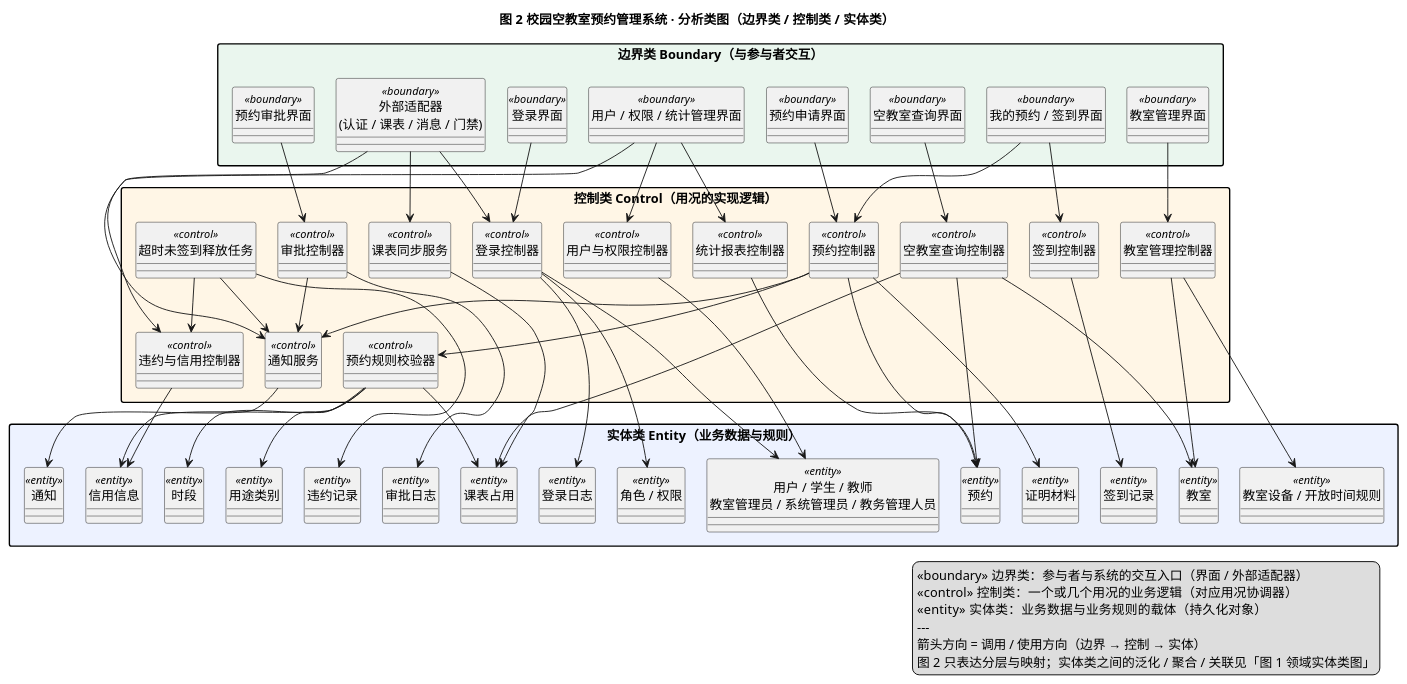
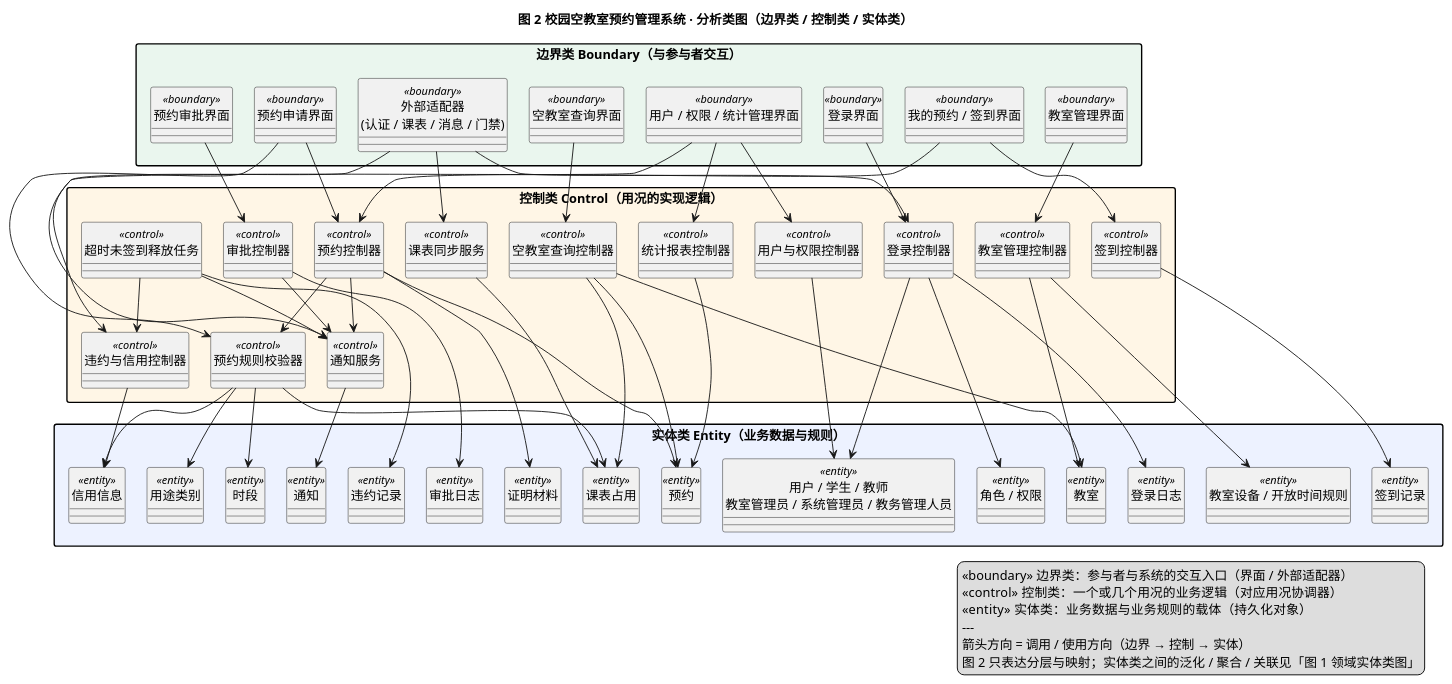
The diagram in class-analysis/diagrams/class-diagram-analysis.puml (miracle-garbage/OOAD-classwork-school-empty-room), drawn with PlantUML before and after one commit. The commit also changed 6 other files, not shown here.

Commit message:
doc: 分析类图理线

```diff
--- a/class-analysis/diagrams/class-diagram-analysis.puml
+++ b/class-analysis/diagrams/class-diagram-analysis.puml
@@ -1,120 +1,124 @@
 @startuml 类图-分析类图
 ' ============================================================
 ' 分析模型 · 分析类图（Boundary / Control / Entity）
 ' 系统：校园空教室预约管理系统（CFRMS）
 ' 说明：按 Jacobson（OOSE）健壮分析的三类分析类组织，
 '       展示「用况 → 边界类 / 控制类 / 实体类」的映射与调用方向。
+' 成图：本文件是等价模型源；diagrams/svg|png/类图-分析类图 由
+'       tools/render_offline.py analysis 以「三带分层 + 正交走线」重排后生成，
+'       避免 PlantUML 在缺 Graphviz 时几十条跨层关系绞成一团（模型完全一致）。
 ' ============================================================
 title 图 2  校园空教室预约管理系统 · 分析类图（边界类 / 控制类 / 实体类）
 skinparam defaultFontName "Microsoft YaHei"
 skinparam shadowing false
 skinparam classAttributeIconSize 0
 skinparam packageStyle rectangle
 skinparam nodesep 24
 skinparam ranksep 60
 hide circle
 top to bottom direction
 
 package "边界类 Boundary（与参与者交互）" #EAF6EE {
   class "登录界面" as B_Login <<boundary>>
   class "空教室查询界面" as B_Query <<boundary>>
   class "预约申请界面" as B_Reserve <<boundary>>
   class "我的预约 / 签到界面" as B_MyCheckIn <<boundary>>
   class "预约审批界面" as B_Approval <<boundary>>
   class "教室管理界面" as B_Classroom <<boundary>>
   class "用户 / 权限 / 统计管理界面" as B_Admin <<boundary>>
   class "外部适配器\n(认证 / 课表 / 消息 / 门禁)" as B_Adapter <<boundary>>
 }
 
 package "控制类 Control（用况的实现逻辑）" #FFF6E6 {
   class "登录控制器" as C_Login <<control>>
   class "空教室查询控制器" as C_Query <<control>>
   class "预约控制器" as C_Reserve <<control>>
   class "预约规则校验器" as C_Validator <<control>>
   class "审批控制器" as C_Approval <<control>>
   class "签到控制器" as C_CheckIn <<control>>
   class "超时未签到释放任务" as C_Release <<control>>
   class "教室管理控制器" as C_Classroom <<control>>
   class "违约与信用控制器" as C_Credit <<control>>
   class "用户与权限控制器" as C_User <<control>>
   class "统计报表控制器" as C_Stat <<control>>
   class "课表同步服务" as C_Sync <<control>>
   class "通知服务" as C_Notify <<control>>
 }
 
 package "实体类 Entity（业务数据与规则）" #EDF2FF {
   class "用户 / 学生 / 教师\n教室管理员 / 系统管理员 / 教务管理人员" as E_User <<entity>>
   class "角色 / 权限" as E_Role <<entity>>
   class "信用信息" as E_Credit <<entity>>
   class "教室" as E_Classroom <<entity>>
   class "教室设备 / 开放时间规则" as E_Equip <<entity>>
   class "课表占用" as E_Schedule <<entity>>
   class "时段" as E_Slot <<entity>>
   class "预约" as E_Reservation <<entity>>
   class "用途类别" as E_Purpose <<entity>>
   class "签到记录" as E_CheckIn <<entity>>
   class "审批日志" as E_Approval <<entity>>
   class "违约记录" as E_Violation <<entity>>
   class "证明材料" as E_Material <<entity>>
   class "通知" as E_Notify <<entity>>
   class "登录日志" as E_Log <<entity>>
 }
 
 ' ---------- 边界类 → 控制类（参与者意图的入口） ----------
 B_Login --> C_Login
 B_Query --> C_Query
 B_Reserve --> C_Reserve
+B_Reserve --> C_Validator
 B_MyCheckIn --> C_CheckIn
 B_MyCheckIn --> C_Reserve
 B_Approval --> C_Approval
 B_Classroom --> C_Classroom
 B_Admin --> C_User
 B_Admin --> C_Stat
 B_Admin --> C_Credit
 B_Adapter --> C_Login
 B_Adapter --> C_Sync
 B_Adapter --> C_Notify
 
 ' ---------- 控制类 → 实体类（读写业务数据） ----------
 C_Login --> E_User
 C_Login --> E_Role
 C_Login --> E_Log
 C_Query --> E_Classroom
 C_Query --> E_Schedule
 C_Query --> E_Reservation
 C_Reserve --> E_Reservation
 C_Reserve --> C_Validator
 C_Validator --> E_Slot
 C_Validator --> E_Schedule
 C_Validator --> E_Credit
 C_Validator --> E_Purpose
 C_Approval --> E_Approval
 C_CheckIn --> E_CheckIn
 C_Release --> E_Violation
 C_Release --> C_Credit
 C_Credit --> E_Credit
 C_Classroom --> E_Classroom
 C_Classroom --> E_Equip
 C_User --> E_User
 C_Sync --> E_Schedule
 C_Reserve --> E_Material
 C_Stat --> E_Reservation
 
 ' ---------- 控制类 → 通知服务（消息集中编排） ----------
 C_Reserve --> C_Notify
 C_Approval --> C_Notify
 C_Release --> C_Notify
 C_Notify --> E_Notify
 
 ' ============================================================
 ' 图例
 ' ============================================================
 legend right
   «boundary» 边界类：参与者与系统的交互入口（界面 / 外部适配器）
   «control»  控制类：一个或几个用况的业务逻辑（对应用况协调器）
   «entity»   实体类：业务数据与业务规则的载体（持久化对象）
   ---
   箭头方向 = 调用 / 使用方向（边界 → 控制 → 实体）
   图 2 只表达分层与映射；实体类之间的泛化 / 聚合 / 关联见「图 1 领域实体类图」
 endlegend
 @enduml
```
